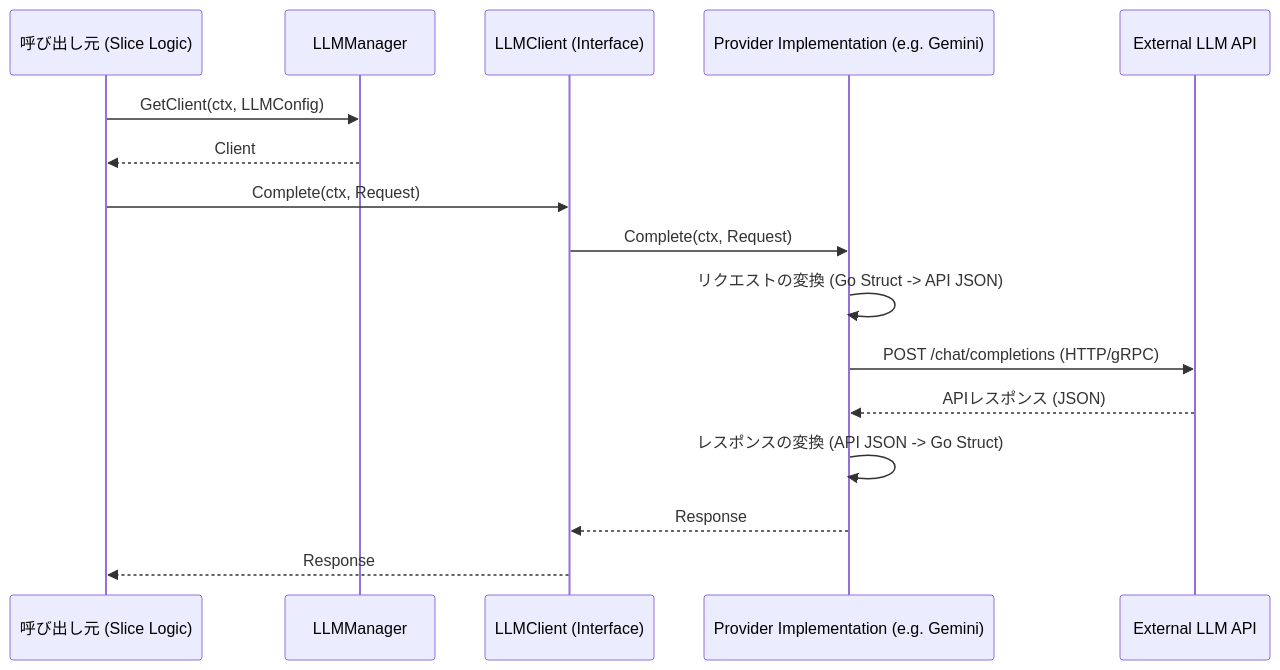
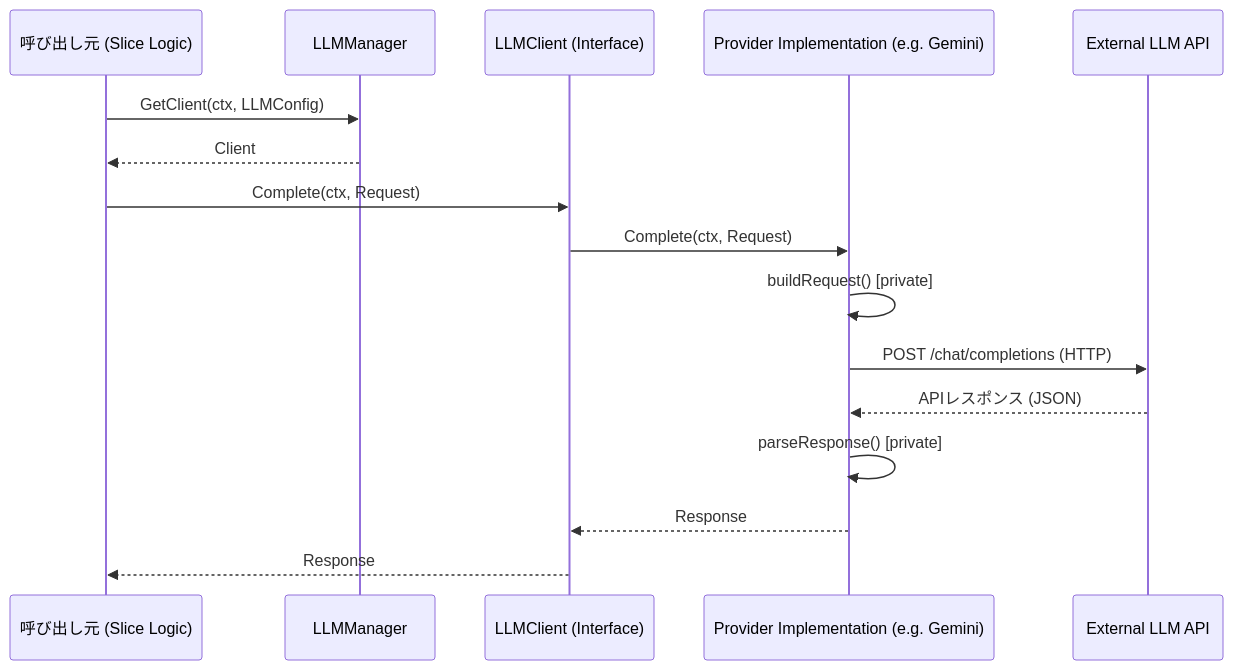
The first of 4 diagrams in specs/LLMClient/llm_client_sequence_diagram.md (ishibata91/ai-translation-engine-2), drawn with Mermaid before and after one commit. The commit also changed other lines of this file and 19 other files, not shown here.

````diff
--- a/specs/LLMClient/llm_client_sequence_diagram.md
+++ b/specs/LLMClient/llm_client_sequence_diagram.md
@@ -6,19 +6,19 @@
 ```mermaid
 sequenceDiagram
     participant App as 呼び出し元 (Slice Logic)
     participant Manager as LLMManager
     participant Client as LLMClient (Interface)
     participant Provider as Provider Implementation (e.g. Gemini)
     participant API as External LLM API
 
     App->>Manager: GetClient(ctx, LLMConfig)
     Manager-->>App: Client
     App->>Client: Complete(ctx, Request)
     Client->>Provider: Complete(ctx, Request)
-    Provider->>Provider: リクエストの変換 (Go Struct -> API JSON)
-    Provider->>API: POST /chat/completions (HTTP/gRPC)
+    Provider->>Provider: buildRequest() [private]
+    Provider->>API: POST /chat/completions (HTTP)
     API-->>Provider: APIレスポンス (JSON)
-    Provider->>Provider: レスポンスの変換 (API JSON -> Go Struct)
+    Provider->>Provider: parseResponse() [private]
     Provider-->>Client: Response
     Client-->>App: Response
 ```
````
